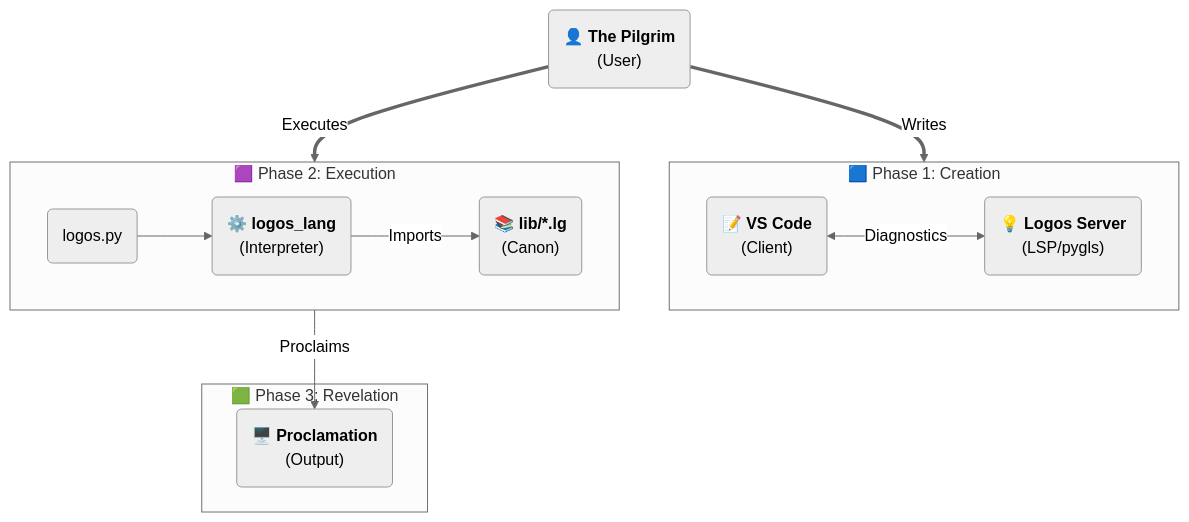
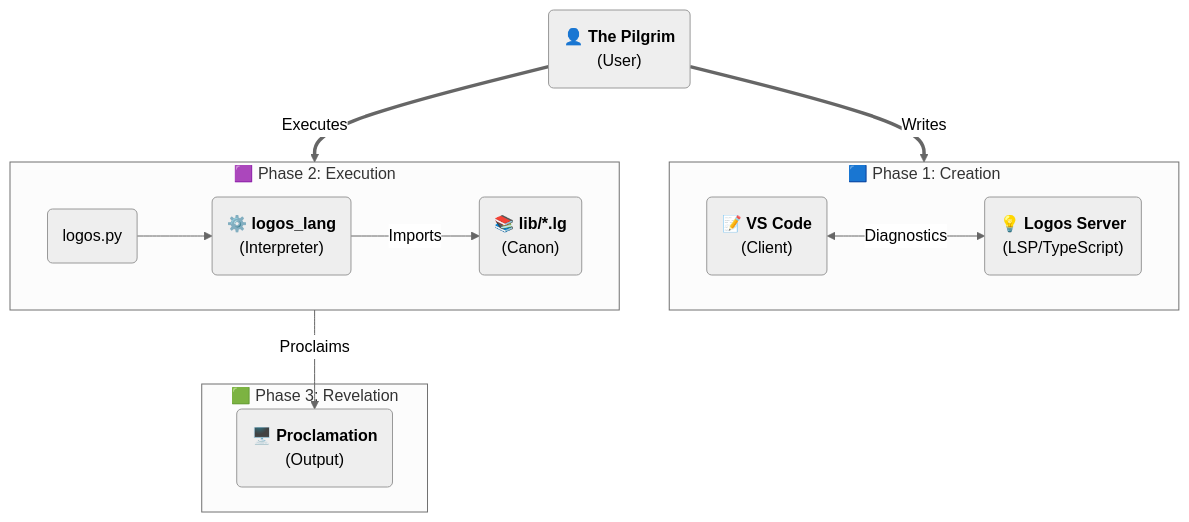
Before and after one commit to NikaNats/Logos: the diagram in README.md, drawn with Mermaid (neutral theme). The commit also changed other lines of this file and 5 other files, not shown here.

Commit message:
refactor: enhance TypeScript Language Server integration and improve README documentation

````diff
--- a/README.md
+++ b/README.md
@@ -254,28 +254,28 @@
 ```mermaid
 graph TD
     User("👤 <b>The Pilgrim</b><br/>(User)")
 
     subgraph Stage1 ["🟦 Phase 1: Creation"]
         direction LR
         Editor("📝 <b>VS Code</b><br/>(Client)")
-        LSP("💡 <b>Logos Server</b><br/>(LSP/pygls)")
+        LSP("💡 <b>Logos Server</b><br/>(LSP/TypeScript)")
     end
 
     subgraph Stage2 ["🟪 Phase 2: Execution"]
         direction LR
         CLI("logos.py")
         Core("⚙️ <b>logos_lang</b><br/>(Interpreter)")
         Lib("📚 <b>lib/*.lg</b><br/>(Canon)")
     end
 
     subgraph Stage3 ["🟩 Phase 3: Revelation"]
         Console("🖥️ <b>Proclamation</b><br/>(Output)")
     end
 
     User ==>|Writes| Editor
     Editor <-->|Diagnostics| LSP
     User ==>|Executes| CLI
     CLI --> Core
     Core -->|Imports| Lib
     Core -->|Proclaims| Console
 ```
````
